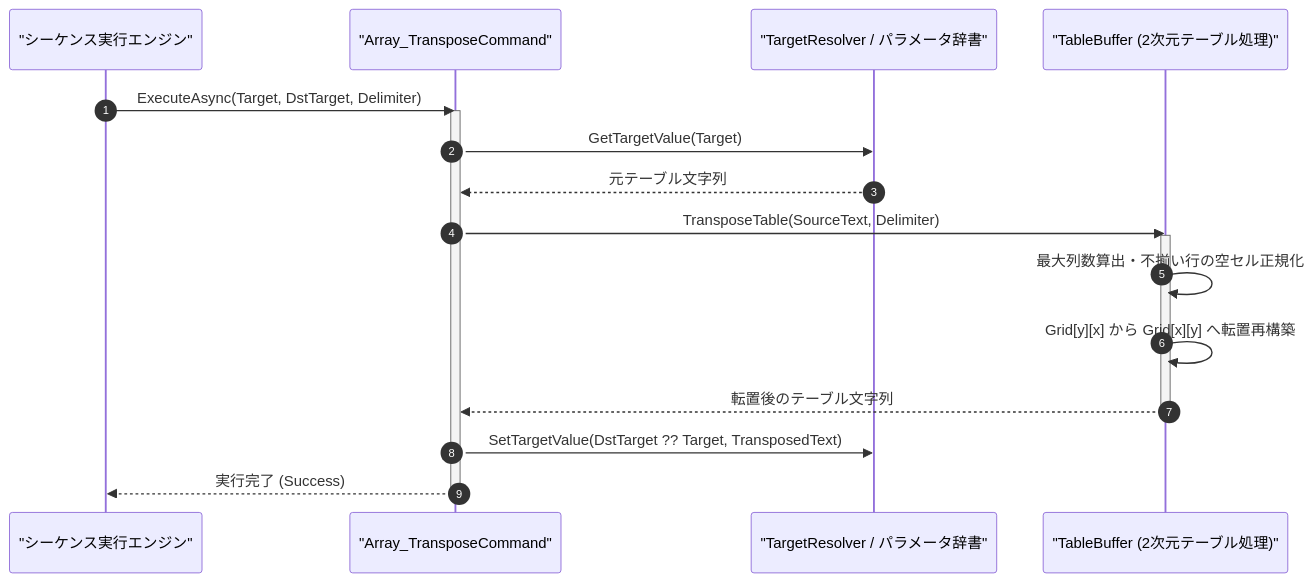
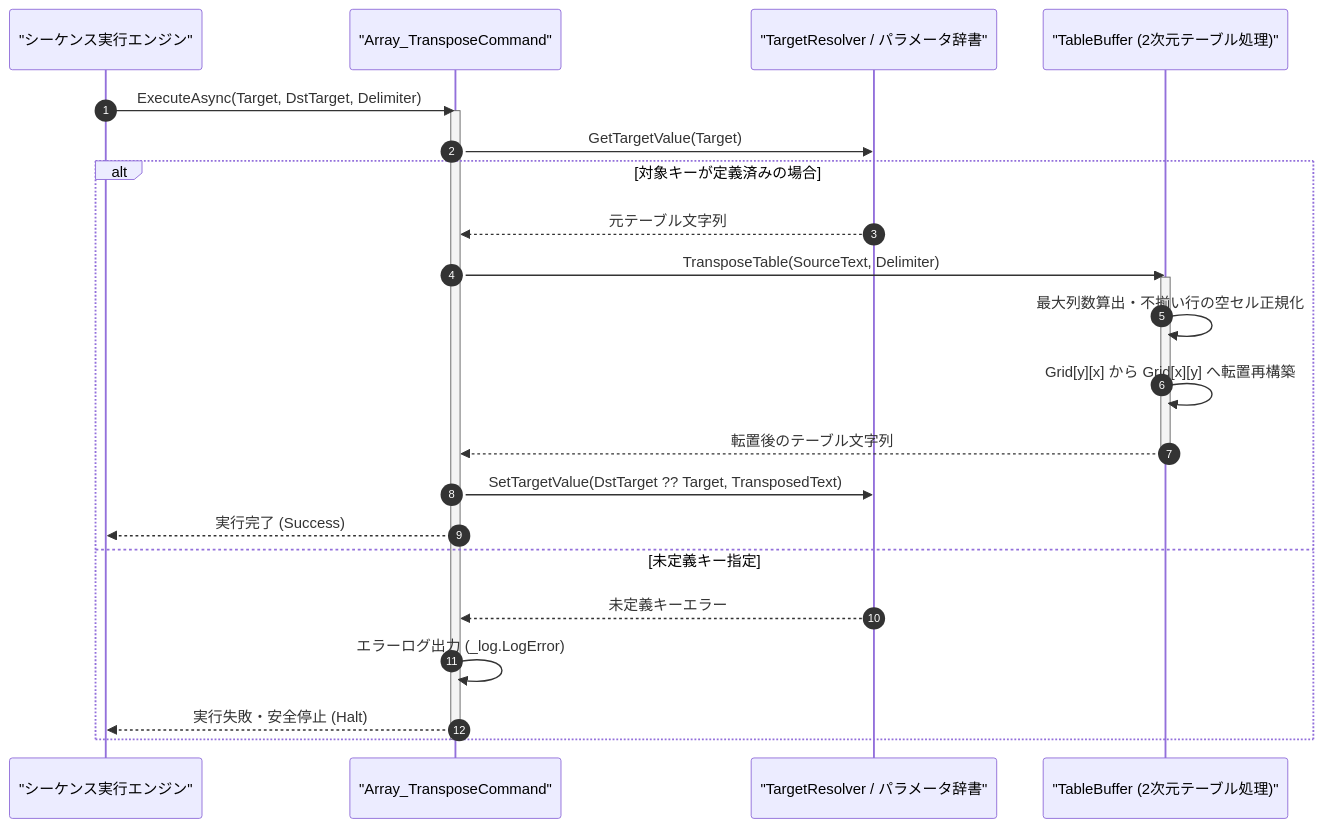
One commit to Monaca-App/TermAddIn changed the diagram in Manual/Core/Array/Array_Transpose.Md. Above: the diagram before and after it, drawn with Mermaid. The commit also changed other lines of this file and 40 other files, not shown here.

````diff
--- a/Manual/Core/Array/Array_Transpose.Md
+++ b/Manual/Core/Array/Array_Transpose.Md
@@ -67,22 +67,28 @@
 ```mermaid
 sequenceDiagram
     autonumber
     participant Engine as "シーケンス実行エンジン"
     participant Cmd as "Array_TransposeCommand"
     participant Target as "TargetResolver / パラメータ辞書"
     participant Buffer as "TableBuffer (2次元テーブル処理)"
 
     Engine->>Cmd: ExecuteAsync(Target, DstTarget, Delimiter)
     activate Cmd
     Cmd->>Target: GetTargetValue(Target)
-    Target-->>Cmd: 元テーブル文字列
-    Cmd->>Buffer: TransposeTable(SourceText, Delimiter)
-    activate Buffer
-    Buffer->>Buffer: 最大列数算出・不揃い行の空セル正規化
-    Buffer->>Buffer: Grid[y][x] から Grid[x][y] へ転置再構築
-    Buffer-->>Cmd: 転置後のテーブル文字列
-    deactivate Buffer
-    Cmd->>Target: SetTargetValue(DstTarget ?? Target, TransposedText)
-    Cmd-->>Engine: 実行完了 (Success)
+    alt 対象キーが定義済みの場合
+        Target-->>Cmd: 元テーブル文字列
+        Cmd->>Buffer: TransposeTable(SourceText, Delimiter)
+        activate Buffer
+        Buffer->>Buffer: 最大列数算出・不揃い行の空セル正規化
+        Buffer->>Buffer: Grid[y][x] から Grid[x][y] へ転置再構築
+        Buffer-->>Cmd: 転置後のテーブル文字列
+        deactivate Buffer
+        Cmd->>Target: SetTargetValue(DstTarget ?? Target, TransposedText)
+        Cmd-->>Engine: 実行完了 (Success)
+    else 未定義キー指定
+        Target-->>Cmd: 未定義キーエラー
+        Cmd->>Cmd: エラーログ出力 (_log.LogError)
+        Cmd-->>Engine: 実行失敗・安全停止 (Halt)
+    end
     deactivate Cmd
 ```
````
